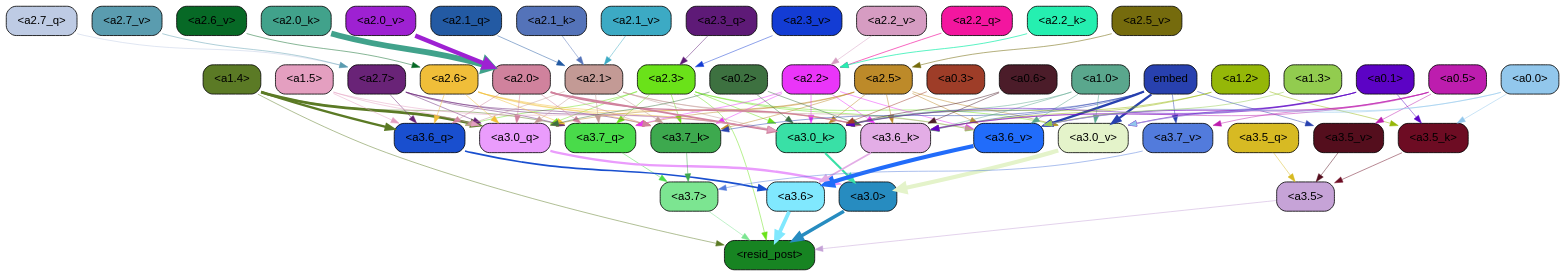
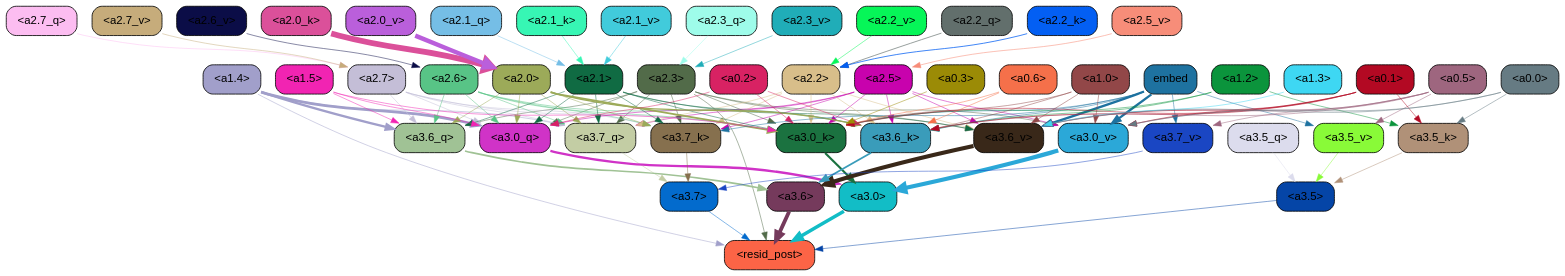
Before and after one commit to Aaquib111/edge-attribution-patching: the diagram in docstring_task/ims/abs_value/thresh0.02_img_56.gv, drawn with Graphviz. The commit also changed 5412 other files, not shown here.

```diff
--- a/docstring_task/ims/abs_value/thresh0.02_img_56.gv
+++ b/docstring_task/ims/abs_value/thresh0.02_img_56.gv
@@ -5,483 +5,483 @@
 		splines=true
 	];
 	"<a3.7>"	[color=black,
-		fillcolor="#7ce591",
+		fillcolor="#036bcd",
 		fontname=Helvetica,
 		shape=box,
 		style="filled, rounded"];
 	"<resid_post>"	[color=black,
-		fillcolor="#178422",
+		fillcolor="#fc6446",
 		fontname=Helvetica,
 		shape=box,
 		style="filled, rounded"];
-	"<a3.7>" -> "<resid_post>"	[color="#7ce591",
+	"<a3.7>" -> "<resid_post>"	[color="#036bcd",
 		penwidth=0.6];
 	"<a3.6>"	[color=black,
-		fillcolor="#80e8fe",
+		fillcolor="#753a5c",
 		fontname=Helvetica,
 		shape=box,
 		style="filled, rounded"];
-	"<a3.6>" -> "<resid_post>"	[color="#80e8fe",
+	"<a3.6>" -> "<resid_post>"	[color="#753a5c",
 		penwidth=4.646730065345764];
 	"<a3.5>"	[color=black,
-		fillcolor="#c6a3d7",
+		fillcolor="#0545a7",
 		fontname=Helvetica,
 		shape=box,
 		style="filled, rounded"];
-	"<a3.5>" -> "<resid_post>"	[color="#c6a3d7",
+	"<a3.5>" -> "<resid_post>"	[color="#0545a7",
 		penwidth=0.6];
 	"<a3.0>"	[color=black,
-		fillcolor="#278cc0",
+		fillcolor="#12bdc6",
 		fontname=Helvetica,
 		shape=box,
 		style="filled, rounded"];
-	"<a3.0>" -> "<resid_post>"	[color="#278cc0",
+	"<a3.0>" -> "<resid_post>"	[color="#12bdc6",
 		penwidth=4.323132634162903];
 	"<a2.3>"	[color=black,
-		fillcolor="#6ae219",
+		fillcolor="#526b49",
 		fontname=Helvetica,
 		shape=box,
 		style="filled, rounded"];
-	"<a2.3>" -> "<resid_post>"	[color="#6ae219",
+	"<a2.3>" -> "<resid_post>"	[color="#526b49",
 		penwidth=0.6];
 	"<a3.7_q>"	[color=black,
-		fillcolor="#49db4a",
+		fillcolor="#c3cda4",
 		fontname=Helvetica,
 		shape=box,
 		style="filled, rounded"];
-	"<a2.3>" -> "<a3.7_q>"	[color="#6ae219",
+	"<a2.3>" -> "<a3.7_q>"	[color="#526b49",
 		penwidth=0.6];
 	"<a3.6_q>"	[color=black,
-		fillcolor="#194fcf",
+		fillcolor="#a0c295",
 		fontname=Helvetica,
 		shape=box,
 		style="filled, rounded"];
-	"<a2.3>" -> "<a3.6_q>"	[color="#6ae219",
+	"<a2.3>" -> "<a3.6_q>"	[color="#526b49",
 		penwidth=0.6];
 	"<a3.0_q>"	[color=black,
-		fillcolor="#ea9cfc",
+		fillcolor="#d033c7",
 		fontname=Helvetica,
 		shape=box,
 		style="filled, rounded"];
-	"<a2.3>" -> "<a3.0_q>"	[color="#6ae219",
+	"<a2.3>" -> "<a3.0_q>"	[color="#526b49",
 		penwidth=0.6];
 	"<a3.7_k>"	[color=black,
-		fillcolor="#3da94e",
+		fillcolor="#86704e",
 		fontname=Helvetica,
 		shape=box,
 		style="filled, rounded"];
-	"<a2.3>" -> "<a3.7_k>"	[color="#6ae219",
+	"<a2.3>" -> "<a3.7_k>"	[color="#526b49",
 		penwidth=0.6];
 	"<a3.0_k>"	[color=black,
-		fillcolor="#39e0a6",
+		fillcolor="#1b7240",
 		fontname=Helvetica,
 		shape=box,
 		style="filled, rounded"];
-	"<a2.3>" -> "<a3.0_k>"	[color="#6ae219",
+	"<a2.3>" -> "<a3.0_k>"	[color="#526b49",
 		penwidth=0.6];
 	"<a3.6_v>"	[color=black,
-		fillcolor="#216cfa",
+		fillcolor="#392819",
 		fontname=Helvetica,
 		shape=box,
 		style="filled, rounded"];
-	"<a2.3>" -> "<a3.6_v>"	[color="#6ae219",
+	"<a2.3>" -> "<a3.6_v>"	[color="#526b49",
 		penwidth=0.6];
 	"<a3.0_v>"	[color=black,
-		fillcolor="#e4f3ca",
+		fillcolor="#2ba8d8",
 		fontname=Helvetica,
 		shape=box,
 		style="filled, rounded"];
-	"<a2.3>" -> "<a3.0_v>"	[color="#6ae219",
+	"<a2.3>" -> "<a3.0_v>"	[color="#526b49",
 		penwidth=0.6];
 	"<a1.4>"	[color=black,
-		fillcolor="#5b7a25",
+		fillcolor="#a19fca",
 		fontname=Helvetica,
 		shape=box,
 		style="filled, rounded"];
-	"<a1.4>" -> "<resid_post>"	[color="#5b7a25",
+	"<a1.4>" -> "<resid_post>"	[color="#a19fca",
 		penwidth=0.6];
-	"<a1.4>" -> "<a3.7_q>"	[color="#5b7a25",
+	"<a1.4>" -> "<a3.7_q>"	[color="#a19fca",
 		penwidth=0.6];
-	"<a1.4>" -> "<a3.6_q>"	[color="#5b7a25",
+	"<a1.4>" -> "<a3.6_q>"	[color="#a19fca",
 		penwidth=2.700703263282776];
-	"<a1.4>" -> "<a3.0_q>"	[color="#5b7a25",
+	"<a1.4>" -> "<a3.0_q>"	[color="#a19fca",
 		penwidth=3.34255850315094];
-	"<a3.7_q>" -> "<a3.7>"	[color="#49db4a",
+	"<a3.7_q>" -> "<a3.7>"	[color="#c3cda4",
 		penwidth=0.6];
-	"<a3.6_q>" -> "<a3.6>"	[color="#194fcf",
+	"<a3.6_q>" -> "<a3.6>"	[color="#a0c295",
 		penwidth=2.03758105635643];
 	"<a3.5_q>"	[color=black,
-		fillcolor="#d7ba23",
+		fillcolor="#dcdced",
 		fontname=Helvetica,
 		shape=box,
 		style="filled, rounded"];
-	"<a3.5_q>" -> "<a3.5>"	[color="#d7ba23",
+	"<a3.5_q>" -> "<a3.5>"	[color="#dcdced",
 		penwidth=0.6];
-	"<a3.0_q>" -> "<a3.0>"	[color="#ea9cfc",
+	"<a3.0_q>" -> "<a3.0>"	[color="#d033c7",
 		penwidth=2.8638100624084473];
-	"<a3.7_k>" -> "<a3.7>"	[color="#3da94e",
+	"<a3.7_k>" -> "<a3.7>"	[color="#86704e",
 		penwidth=0.6];
 	"<a3.6_k>"	[color=black,
-		fillcolor="#e3ade6",
+		fillcolor="#3a9cba",
 		fontname=Helvetica,
 		shape=box,
 		style="filled, rounded"];
-	"<a3.6_k>" -> "<a3.6>"	[color="#e3ade6",
+	"<a3.6_k>" -> "<a3.6>"	[color="#3a9cba",
 		penwidth=2.174198240041733];
 	"<a3.5_k>"	[color=black,
-		fillcolor="#6d0c23",
+		fillcolor="#b09178",
 		fontname=Helvetica,
 		shape=box,
 		style="filled, rounded"];
-	"<a3.5_k>" -> "<a3.5>"	[color="#6d0c23",
+	"<a3.5_k>" -> "<a3.5>"	[color="#b09178",
 		penwidth=0.6];
-	"<a3.0_k>" -> "<a3.0>"	[color="#39e0a6",
+	"<a3.0_k>" -> "<a3.0>"	[color="#1b7240",
 		penwidth=2.6274144649505615];
 	"<a3.7_v>"	[color=black,
-		fillcolor="#527bdc",
+		fillcolor="#1a46c3",
 		fontname=Helvetica,
 		shape=box,
 		style="filled, rounded"];
-	"<a3.7_v>" -> "<a3.7>"	[color="#527bdc",
+	"<a3.7_v>" -> "<a3.7>"	[color="#1a46c3",
 		penwidth=0.6];
-	"<a3.6_v>" -> "<a3.6>"	[color="#216cfa",
+	"<a3.6_v>" -> "<a3.6>"	[color="#392819",
 		penwidth=5.002329230308533];
 	"<a3.5_v>"	[color=black,
-		fillcolor="#540e1d",
+		fillcolor="#89fa38",
 		fontname=Helvetica,
 		shape=box,
 		style="filled, rounded"];
-	"<a3.5_v>" -> "<a3.5>"	[color="#540e1d",
+	"<a3.5_v>" -> "<a3.5>"	[color="#89fa38",
 		penwidth=0.6];
-	"<a3.0_v>" -> "<a3.0>"	[color="#e4f3ca",
+	"<a3.0_v>" -> "<a3.0>"	[color="#2ba8d8",
 		penwidth=5.188832879066467];
 	"<a2.7>"	[color=black,
-		fillcolor="#692377",
+		fillcolor="#c4bed7",
 		fontname=Helvetica,
 		shape=box,
 		style="filled, rounded"];
-	"<a2.7>" -> "<a3.7_q>"	[color="#692377",
+	"<a2.7>" -> "<a3.7_q>"	[color="#c4bed7",
 		penwidth=0.6];
-	"<a2.7>" -> "<a3.6_q>"	[color="#692377",
+	"<a2.7>" -> "<a3.6_q>"	[color="#c4bed7",
 		penwidth=0.6];
-	"<a2.7>" -> "<a3.0_q>"	[color="#692377",
+	"<a2.7>" -> "<a3.0_q>"	[color="#c4bed7",
 		penwidth=0.6];
-	"<a2.7>" -> "<a3.7_k>"	[color="#692377",
+	"<a2.7>" -> "<a3.7_k>"	[color="#c4bed7",
 		penwidth=0.6];
-	"<a2.7>" -> "<a3.0_k>"	[color="#692377",
+	"<a2.7>" -> "<a3.0_k>"	[color="#c4bed7",
 		penwidth=0.6];
 	"<a2.6>"	[color=black,
-		fillcolor="#f0be39",
+		fillcolor="#58c486",
 		fontname=Helvetica,
 		shape=box,
 		style="filled, rounded"];
-	"<a2.6>" -> "<a3.7_q>"	[color="#f0be39",
+	"<a2.6>" -> "<a3.7_q>"	[color="#58c486",
 		penwidth=0.6];
-	"<a2.6>" -> "<a3.6_q>"	[color="#f0be39",
+	"<a2.6>" -> "<a3.6_q>"	[color="#58c486",
 		penwidth=0.6];
-	"<a2.6>" -> "<a3.0_q>"	[color="#f0be39",
+	"<a2.6>" -> "<a3.0_q>"	[color="#58c486",
 		penwidth=0.6];
-	"<a2.6>" -> "<a3.7_k>"	[color="#f0be39",
+	"<a2.6>" -> "<a3.7_k>"	[color="#58c486",
 		penwidth=0.6];
-	"<a2.6>" -> "<a3.6_k>"	[color="#f0be39",
+	"<a2.6>" -> "<a3.6_k>"	[color="#58c486",
 		penwidth=0.6];
-	"<a2.6>" -> "<a3.0_k>"	[color="#f0be39",
+	"<a2.6>" -> "<a3.0_k>"	[color="#58c486",
 		penwidth=0.6];
 	"<a2.5>"	[color=black,
-		fillcolor="#bd8a29",
+		fillcolor="#c802ad",
 		fontname=Helvetica,
 		shape=box,
 		style="filled, rounded"];
-	"<a2.5>" -> "<a3.7_q>"	[color="#bd8a29",
+	"<a2.5>" -> "<a3.7_q>"	[color="#c802ad",
 		penwidth=0.6];
-	"<a2.5>" -> "<a3.0_q>"	[color="#bd8a29",
+	"<a2.5>" -> "<a3.0_q>"	[color="#c802ad",
 		penwidth=0.6];
-	"<a2.5>" -> "<a3.7_k>"	[color="#bd8a29",
+	"<a2.5>" -> "<a3.7_k>"	[color="#c802ad",
 		penwidth=0.6];
-	"<a2.5>" -> "<a3.6_k>"	[color="#bd8a29",
+	"<a2.5>" -> "<a3.6_k>"	[color="#c802ad",
 		penwidth=0.6];
-	"<a2.5>" -> "<a3.0_k>"	[color="#bd8a29",
+	"<a2.5>" -> "<a3.0_k>"	[color="#c802ad",
 		penwidth=0.6];
-	"<a2.5>" -> "<a3.6_v>"	[color="#bd8a29",
+	"<a2.5>" -> "<a3.6_v>"	[color="#c802ad",
 		penwidth=0.6];
-	"<a2.5>" -> "<a3.0_v>"	[color="#bd8a29",
+	"<a2.5>" -> "<a3.0_v>"	[color="#c802ad",
 		penwidth=0.6];
 	"<a2.2>"	[color=black,
-		fillcolor="#ea35f9",
+		fillcolor="#d8be8a",
 		fontname=Helvetica,
 		shape=box,
 		style="filled, rounded"];
-	"<a2.2>" -> "<a3.7_q>"	[color="#ea35f9",
+	"<a2.2>" -> "<a3.7_q>"	[color="#d8be8a",
 		penwidth=0.6];
-	"<a2.2>" -> "<a3.7_k>"	[color="#ea35f9",
+	"<a2.2>" -> "<a3.7_k>"	[color="#d8be8a",
 		penwidth=0.6];
-	"<a2.2>" -> "<a3.6_k>"	[color="#ea35f9",
+	"<a2.2>" -> "<a3.6_k>"	[color="#d8be8a",
 		penwidth=0.6];
-	"<a2.2>" -> "<a3.0_k>"	[color="#ea35f9",
+	"<a2.2>" -> "<a3.0_k>"	[color="#d8be8a",
 		penwidth=0.6];
-	"<a2.2>" -> "<a3.6_v>"	[color="#ea35f9",
+	"<a2.2>" -> "<a3.6_v>"	[color="#d8be8a",
 		penwidth=0.6];
 	"<a2.1>"	[color=black,
-		fillcolor="#c39a95",
+		fillcolor="#106b43",
 		fontname=Helvetica,
 		shape=box,
 		style="filled, rounded"];
-	"<a2.1>" -> "<a3.7_q>"	[color="#c39a95",
+	"<a2.1>" -> "<a3.7_q>"	[color="#106b43",
 		penwidth=0.6];
-	"<a2.1>" -> "<a3.6_q>"	[color="#c39a95",
+	"<a2.1>" -> "<a3.6_q>"	[color="#106b43",
 		penwidth=0.6];
-	"<a2.1>" -> "<a3.0_q>"	[color="#c39a95",
+	"<a2.1>" -> "<a3.0_q>"	[color="#106b43",
 		penwidth=0.6];
-	"<a2.1>" -> "<a3.7_k>"	[color="#c39a95",
+	"<a2.1>" -> "<a3.7_k>"	[color="#106b43",
 		penwidth=0.6];
-	"<a2.1>" -> "<a3.6_k>"	[color="#c39a95",
+	"<a2.1>" -> "<a3.6_k>"	[color="#106b43",
 		penwidth=0.6];
-	"<a2.1>" -> "<a3.0_k>"	[color="#c39a95",
+	"<a2.1>" -> "<a3.0_k>"	[color="#106b43",
 		penwidth=0.6];
-	"<a2.1>" -> "<a3.6_v>"	[color="#c39a95",
+	"<a2.1>" -> "<a3.6_v>"	[color="#106b43",
 		penwidth=0.6];
 	"<a2.0>"	[color=black,
-		fillcolor="#d0829d",
+		fillcolor="#9caa59",
 		fontname=Helvetica,
 		shape=box,
 		style="filled, rounded"];
-	"<a2.0>" -> "<a3.7_q>"	[color="#d0829d",
+	"<a2.0>" -> "<a3.7_q>"	[color="#9caa59",
 		penwidth=0.6];
-	"<a2.0>" -> "<a3.6_q>"	[color="#d0829d",
+	"<a2.0>" -> "<a3.6_q>"	[color="#9caa59",
 		penwidth=0.6];
-	"<a2.0>" -> "<a3.0_q>"	[color="#d0829d",
+	"<a2.0>" -> "<a3.0_q>"	[color="#9caa59",
 		penwidth=0.6];
-	"<a2.0>" -> "<a3.7_k>"	[color="#d0829d",
+	"<a2.0>" -> "<a3.7_k>"	[color="#9caa59",
 		penwidth=0.6];
-	"<a2.0>" -> "<a3.6_k>"	[color="#d0829d",
+	"<a2.0>" -> "<a3.6_k>"	[color="#9caa59",
 		penwidth=1.6454488784074783];
-	"<a2.0>" -> "<a3.0_k>"	[color="#d0829d",
+	"<a2.0>" -> "<a3.0_k>"	[color="#9caa59",
 		penwidth=2.2218968719244003];
 	"<a1.5>"	[color=black,
-		fillcolor="#e49fc0",
+		fillcolor="#f124b2",
 		fontname=Helvetica,
 		shape=box,
 		style="filled, rounded"];
-	"<a1.5>" -> "<a3.6_q>"	[color="#e49fc0",
+	"<a1.5>" -> "<a3.6_q>"	[color="#f124b2",
 		penwidth=0.6];
-	"<a1.5>" -> "<a3.0_q>"	[color="#e49fc0",
+	"<a1.5>" -> "<a3.0_q>"	[color="#f124b2",
 		penwidth=0.6];
-	"<a1.5>" -> "<a3.0_k>"	[color="#e49fc0",
+	"<a1.5>" -> "<a3.0_k>"	[color="#f124b2",
 		penwidth=0.6];
 	"<a0.2>"	[color=black,
-		fillcolor="#3d7140",
+		fillcolor="#d82263",
 		fontname=Helvetica,
 		shape=box,
 		style="filled, rounded"];
-	"<a0.2>" -> "<a3.0_q>"	[color="#3d7140",
+	"<a0.2>" -> "<a3.0_q>"	[color="#d82263",
 		penwidth=0.6];
-	"<a0.2>" -> "<a3.6_k>"	[color="#3d7140",
+	"<a0.2>" -> "<a3.6_k>"	[color="#d82263",
 		penwidth=0.6];
-	"<a0.2>" -> "<a3.0_k>"	[color="#3d7140",
+	"<a0.2>" -> "<a3.0_k>"	[color="#d82263",
 		penwidth=0.6];
 	embed	[color=black,
-		fillcolor="#2841af",
+		fillcolor="#1e72a0",
 		fontname=Helvetica,
 		shape=box,
 		style="filled, rounded"];
-	embed -> "<a3.7_k>"	[color="#2841af",
+	embed -> "<a3.7_k>"	[color="#1e72a0",
 		penwidth=0.6];
-	embed -> "<a3.6_k>"	[color="#2841af",
+	embed -> "<a3.6_k>"	[color="#1e72a0",
 		penwidth=0.6];
-	embed -> "<a3.0_k>"	[color="#2841af",
+	embed -> "<a3.0_k>"	[color="#1e72a0",
 		penwidth=0.6];
-	embed -> "<a3.7_v>"	[color="#2841af",
+	embed -> "<a3.7_v>"	[color="#1e72a0",
 		penwidth=0.6];
-	embed -> "<a3.6_v>"	[color="#2841af",
+	embed -> "<a3.6_v>"	[color="#1e72a0",
 		penwidth=2.8301228284835815];
-	embed -> "<a3.5_v>"	[color="#2841af",
+	embed -> "<a3.5_v>"	[color="#1e72a0",
 		penwidth=0.6];
-	embed -> "<a3.0_v>"	[color="#2841af",
+	embed -> "<a3.0_v>"	[color="#1e72a0",
 		penwidth=2.7660785913467407];
 	"<a1.2>"	[color=black,
-		fillcolor="#95b708",
+		fillcolor="#0b943c",
 		fontname=Helvetica,
 		shape=box,
 		style="filled, rounded"];
-	"<a1.2>" -> "<a3.6_k>"	[color="#95b708",
+	"<a1.2>" -> "<a3.6_k>"	[color="#0b943c",
 		penwidth=0.6];
-	"<a1.2>" -> "<a3.5_k>"	[color="#95b708",
+	"<a1.2>" -> "<a3.5_k>"	[color="#0b943c",
 		penwidth=0.6];
-	"<a1.2>" -> "<a3.0_k>"	[color="#95b708",
+	"<a1.2>" -> "<a3.0_k>"	[color="#0b943c",
 		penwidth=0.6];
 	"<a1.0>"	[color=black,
-		fillcolor="#5aa78d",
+		fillcolor="#924748",
 		fontname=Helvetica,
 		shape=box,
 		style="filled, rounded"];
-	"<a1.0>" -> "<a3.6_k>"	[color="#5aa78d",
+	"<a1.0>" -> "<a3.6_k>"	[color="#924748",
 		penwidth=0.6];
-	"<a1.0>" -> "<a3.0_k>"	[color="#5aa78d",
+	"<a1.0>" -> "<a3.0_k>"	[color="#924748",
 		penwidth=0.6];
-	"<a1.0>" -> "<a3.6_v>"	[color="#5aa78d",
+	"<a1.0>" -> "<a3.6_v>"	[color="#924748",
 		penwidth=0.6];
-	"<a1.0>" -> "<a3.0_v>"	[color="#5aa78d",
+	"<a1.0>" -> "<a3.0_v>"	[color="#924748",
 		penwidth=0.6];
 	"<a0.6>"	[color=black,
-		fillcolor="#4b1c29",
+		fillcolor="#f5704a",
 		fontname=Helvetica,
 		shape=box,
 		style="filled, rounded"];
-	"<a0.6>" -> "<a3.6_k>"	[color="#4b1c29",
+	"<a0.6>" -> "<a3.6_k>"	[color="#f5704a",
 		penwidth=0.6];
-	"<a0.6>" -> "<a3.0_k>"	[color="#4b1c29",
+	"<a0.6>" -> "<a3.0_k>"	[color="#f5704a",
 		penwidth=0.6];
 	"<a0.5>"	[color=black,
-		fillcolor="#bd1dae",
+		fillcolor="#9e667f",
 		fontname=Helvetica,
 		shape=box,
 		style="filled, rounded"];
-	"<a0.5>" -> "<a3.6_k>"	[color="#bd1dae",
+	"<a0.5>" -> "<a3.6_k>"	[color="#9e667f",
 		penwidth=0.6];
-	"<a0.5>" -> "<a3.7_v>"	[color="#bd1dae",
+	"<a0.5>" -> "<a3.7_v>"	[color="#9e667f",
 		penwidth=0.6];
-	"<a0.5>" -> "<a3.6_v>"	[color="#bd1dae",
+	"<a0.5>" -> "<a3.6_v>"	[color="#9e667f",
 		penwidth=0.6];
-	"<a0.5>" -> "<a3.5_v>"	[color="#bd1dae",
+	"<a0.5>" -> "<a3.5_v>"	[color="#9e667f",
 		penwidth=0.6];
-	"<a0.5>" -> "<a3.0_v>"	[color="#bd1dae",
+	"<a0.5>" -> "<a3.0_v>"	[color="#9e667f",
 		penwidth=0.6124261617660522];
 	"<a0.1>"	[color=black,
-		fillcolor="#5c03c5",
+		fillcolor="#b30923",
 		fontname=Helvetica,
 		shape=box,
 		style="filled, rounded"];
-	"<a0.1>" -> "<a3.6_k>"	[color="#5c03c5",
+	"<a0.1>" -> "<a3.6_k>"	[color="#b30923",
 		penwidth=0.6];
-	"<a0.1>" -> "<a3.5_k>"	[color="#5c03c5",
+	"<a0.1>" -> "<a3.5_k>"	[color="#b30923",
 		penwidth=0.6];
-	"<a0.1>" -> "<a3.0_k>"	[color="#5c03c5",
+	"<a0.1>" -> "<a3.0_k>"	[color="#b30923",
 		penwidth=0.6];
-	"<a0.1>" -> "<a3.6_v>"	[color="#5c03c5",
+	"<a0.1>" -> "<a3.6_v>"	[color="#b30923",
 		penwidth=0.6];
-	"<a0.1>" -> "<a3.0_v>"	[color="#5c03c5",
+	"<a0.1>" -> "<a3.0_v>"	[color="#b30923",
 		penwidth=0.6];
 	"<a0.0>"	[color=black,
-		fillcolor="#92c7ec",
+		fillcolor="#667b83",
 		fontname=Helvetica,
 		shape=box,
 		style="filled, rounded"];
-	"<a0.0>" -> "<a3.5_k>"	[color="#92c7ec",
+	"<a0.0>" -> "<a3.5_k>"	[color="#667b83",
 		penwidth=0.6];
-	"<a0.0>" -> "<a3.6_v>"	[color="#92c7ec",
+	"<a0.0>" -> "<a3.6_v>"	[color="#667b83",
 		penwidth=0.6];
-	"<a0.0>" -> "<a3.0_v>"	[color="#92c7ec",
+	"<a0.0>" -> "<a3.0_v>"	[color="#667b83",
 		penwidth=0.6];
 	"<a0.3>"	[color=black,
-		fillcolor="#9e3d28",
+		fillcolor="#9b8b06",
 		fontname=Helvetica,
 		shape=box,
 		style="filled, rounded"];
-	"<a0.3>" -> "<a3.0_k>"	[color="#9e3d28",
+	"<a0.3>" -> "<a3.0_k>"	[color="#9b8b06",
 		penwidth=0.6];
 	"<a1.3>"	[color=black,
-		fillcolor="#92cc4f",
+		fillcolor="#3ed7f3",
 		fontname=Helvetica,
 		shape=box,
 		style="filled, rounded"];
-	"<a1.3>" -> "<a3.6_v>"	[color="#92cc4f",
+	"<a1.3>" -> "<a3.6_v>"	[color="#3ed7f3",
 		penwidth=0.6];
 	"<a2.7_q>"	[color=black,
-		fillcolor="#becbe4",
+		fillcolor="#fcbdf1",
 		fontname=Helvetica,
 		shape=box,
 		style="filled, rounded"];
-	"<a2.7_q>" -> "<a2.7>"	[color="#becbe4",
+	"<a2.7_q>" -> "<a2.7>"	[color="#fcbdf1",
 		penwidth=0.6];
 	"<a2.3_q>"	[color=black,
-		fillcolor="#5e1a77",
+		fillcolor="#9efcea",
 		fontname=Helvetica,
 		shape=box,
 		style="filled, rounded"];
-	"<a2.3_q>" -> "<a2.3>"	[color="#5e1a77",
+	"<a2.3_q>" -> "<a2.3>"	[color="#9efcea",
 		penwidth=0.6];
 	"<a2.2_q>"	[color=black,
-		fillcolor="#f3169f",
+		fillcolor="#626f6c",
 		fontname=Helvetica,
 		shape=box,
 		style="filled, rounded"];
-	"<a2.2_q>" -> "<a2.2>"	[color="#f3169f",
+	"<a2.2_q>" -> "<a2.2>"	[color="#626f6c",
 		penwidth=0.8114519119262695];
 	"<a2.1_q>"	[color=black,
-		fillcolor="#235aa3",
+		fillcolor="#75bee6",
 		fontname=Helvetica,
 		shape=box,
 		style="filled, rounded"];
-	"<a2.1_q>" -> "<a2.1>"	[color="#235aa3",
+	"<a2.1_q>" -> "<a2.1>"	[color="#75bee6",
 		penwidth=0.6];
 	"<a2.2_k>"	[color=black,
-		fillcolor="#25efb0",
+		fillcolor="#035ff3",
 		fontname=Helvetica,
 		shape=box,
 		style="filled, rounded"];
-	"<a2.2_k>" -> "<a2.2>"	[color="#25efb0",
+	"<a2.2_k>" -> "<a2.2>"	[color="#035ff3",
 		penwidth=0.9331893920898438];
 	"<a2.1_k>"	[color=black,
-		fillcolor="#5473b9",
+		fillcolor="#37f6b4",
 		fontname=Helvetica,
 		shape=box,
 		style="filled, rounded"];
-	"<a2.1_k>" -> "<a2.1>"	[color="#5473b9",
+	"<a2.1_k>" -> "<a2.1>"	[color="#37f6b4",
 		penwidth=0.6];
 	"<a2.0_k>"	[color=black,
-		fillcolor="#41a28b",
+		fillcolor="#db509a",
 		fontname=Helvetica,
 		shape=box,
 		style="filled, rounded"];
-	"<a2.0_k>" -> "<a2.0>"	[color="#41a28b",
+	"<a2.0_k>" -> "<a2.0>"	[color="#db509a",
 		penwidth=7.158664226531982];
 	"<a2.7_v>"	[color=black,
-		fillcolor="#5a9caf",
+		fillcolor="#c6ac7b",
 		fontname=Helvetica,
 		shape=box,
 		style="filled, rounded"];
-	"<a2.7_v>" -> "<a2.7>"	[color="#5a9caf",
+	"<a2.7_v>" -> "<a2.7>"	[color="#c6ac7b",
 		penwidth=0.6];
 	"<a2.6_v>"	[color=black,
-		fillcolor="#076926",
+		fillcolor="#0b0d47",
 		fontname=Helvetica,
 		shape=box,
 		style="filled, rounded"];
-	"<a2.6_v>" -> "<a2.6>"	[color="#076926",
+	"<a2.6_v>" -> "<a2.6>"	[color="#0b0d47",
 		penwidth=0.6];
 	"<a2.5_v>"	[color=black,
-		fillcolor="#756b0d",
+		fillcolor="#f78d79",
 		fontname=Helvetica,
 		shape=box,
 		style="filled, rounded"];
-	"<a2.5_v>" -> "<a2.5>"	[color="#756b0d",
+	"<a2.5_v>" -> "<a2.5>"	[color="#f78d79",
 		penwidth=0.6657319068908691];
 	"<a2.3_v>"	[color=black,
-		fillcolor="#133cd4",
+		fillcolor="#20adb8",
 		fontname=Helvetica,
 		shape=box,
 		style="filled, rounded"];
-	"<a2.3_v>" -> "<a2.3>"	[color="#133cd4",
+	"<a2.3_v>" -> "<a2.3>"	[color="#20adb8",
 		penwidth=0.6];
 	"<a2.2_v>"	[color=black,
-		fillcolor="#d69cc2",
+		fillcolor="#06f658",
 		fontname=Helvetica,
 		shape=box,
 		style="filled, rounded"];
-	"<a2.2_v>" -> "<a2.2>"	[color="#d69cc2",
+	"<a2.2_v>" -> "<a2.2>"	[color="#06f658",
 		penwidth=0.6];
 	"<a2.1_v>"	[color=black,
-		fillcolor="#3caac4",
+		fillcolor="#41cbdb",
 		fontname=Helvetica,
 		shape=box,
 		style="filled, rounded"];
-	"<a2.1_v>" -> "<a2.1>"	[color="#3caac4",
+	"<a2.1_v>" -> "<a2.1>"	[color="#41cbdb",
 		penwidth=0.6];
 	"<a2.0_v>"	[color=black,
-		fillcolor="#9e21d2",
+		fillcolor="#ba5fdb",
 		fontname=Helvetica,
 		shape=box,
 		style="filled, rounded"];
-	"<a2.0_v>" -> "<a2.0>"	[color="#9e21d2",
+	"<a2.0_v>" -> "<a2.0>"	[color="#ba5fdb",
 		penwidth=5.380099236965179];
 }
```
